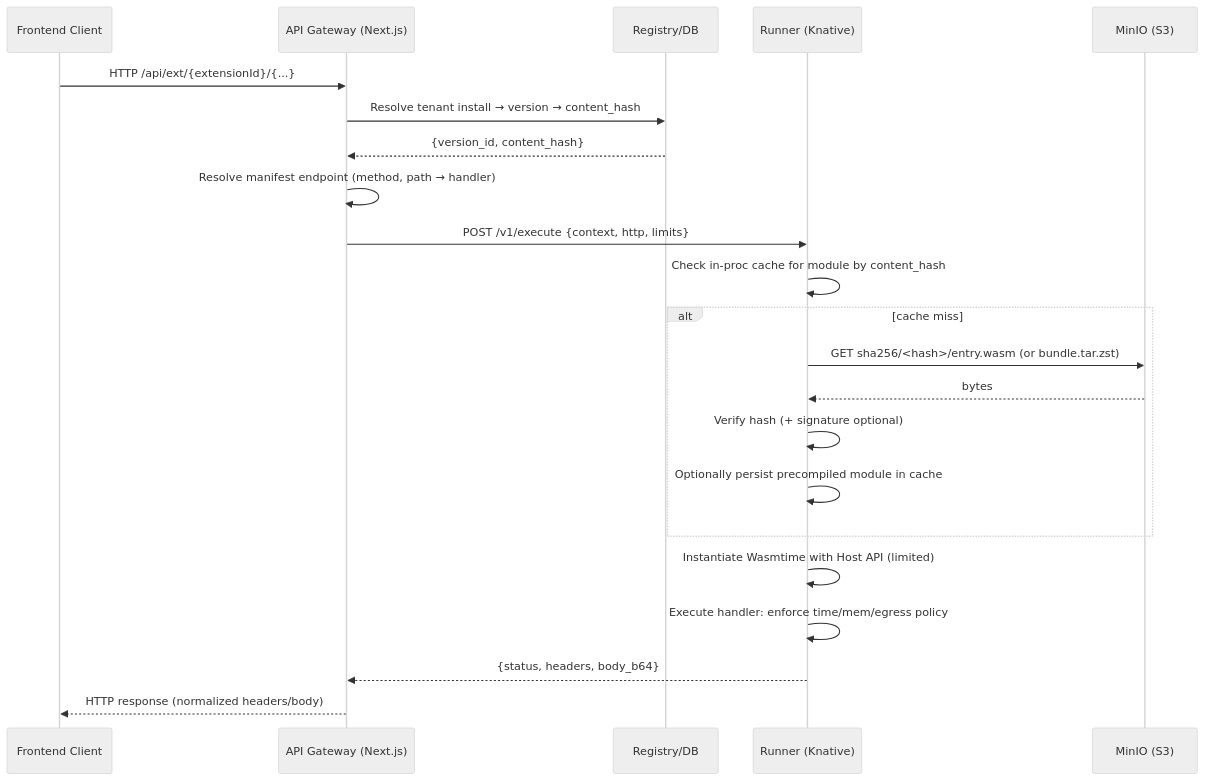
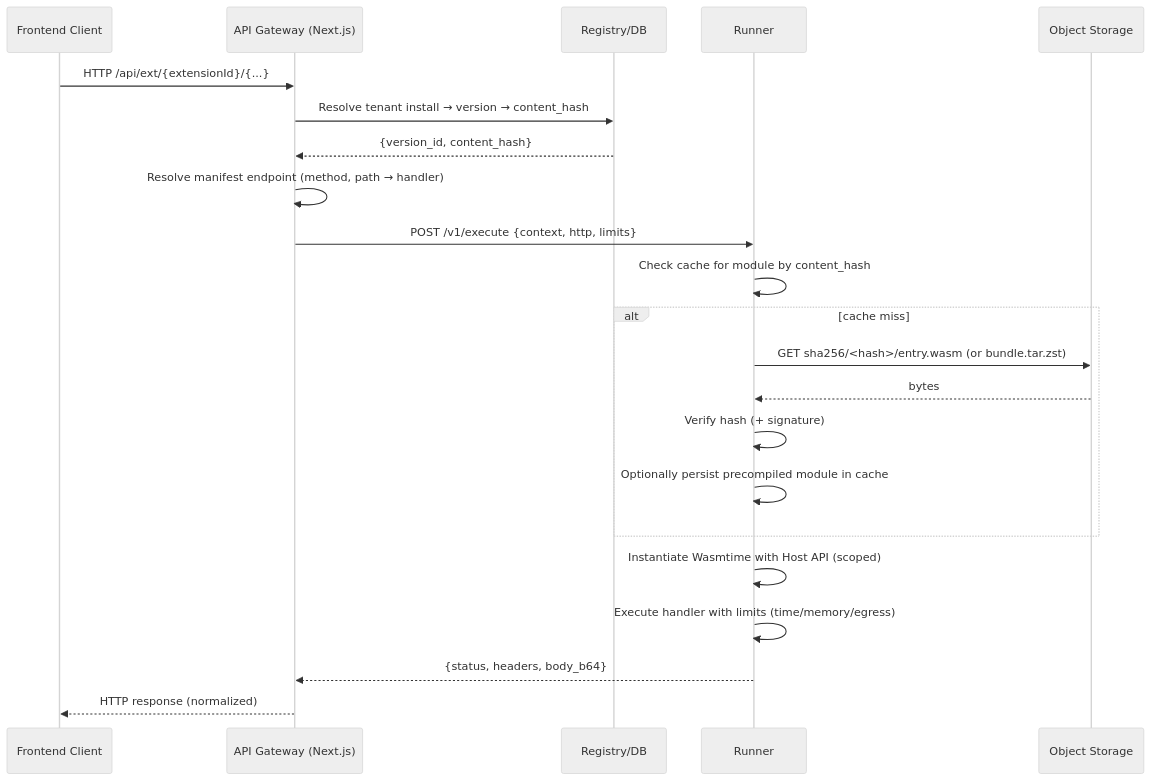
Before and after one commit to Nine-Minds/alga-psa: the first of 2 diagrams in ee/docs/extension-system/serving-system.md, drawn with Mermaid (neutral theme). The commit also changed other lines of this file and 16 other files, not shown here.

````diff
--- a/ee/docs/extension-system/serving-system.md
+++ b/ee/docs/extension-system/serving-system.md
@@ -80,25 +71,25 @@
 ```mermaid
 sequenceDiagram
   participant FE as Frontend Client
   participant GW as API Gateway (Next.js)
   participant REG as Registry/DB
-  participant RUN as Runner (Knative)
-  participant S3 as MinIO (S3)
+  participant RUN as Runner
+  participant S3 as Object Storage
 
   FE->>GW: HTTP /api/ext/{extensionId}/{...}
   GW->>REG: Resolve tenant install → version → content_hash
   REG-->>GW: {version_id, content_hash}
   GW->>GW: Resolve manifest endpoint (method, path → handler)
   GW->>RUN: POST /v1/execute {context, http, limits}
-  RUN->>RUN: Check in‑proc cache for module by content_hash
+  RUN->>RUN: Check cache for module by content_hash
   alt cache miss
     RUN->>S3: GET sha256/<hash>/entry.wasm (or bundle.tar.zst)
     S3-->>RUN: bytes
-    RUN->>RUN: Verify hash (+ signature optional)
+    RUN->>RUN: Verify hash (+ signature)
     RUN->>RUN: Optionally persist precompiled module in cache
   end
-  RUN->>RUN: Instantiate Wasmtime with Host API (limited)
-  RUN->>RUN: Execute handler: enforce time/mem/egress policy
+  RUN->>RUN: Instantiate Wasmtime with Host API (scoped)
+  RUN->>RUN: Execute handler with limits (time/memory/egress)
   RUN-->>GW: {status, headers, body_b64}
-  GW-->>FE: HTTP response (normalized headers/body)
+  GW-->>FE: HTTP response (normalized)
 ```
````
